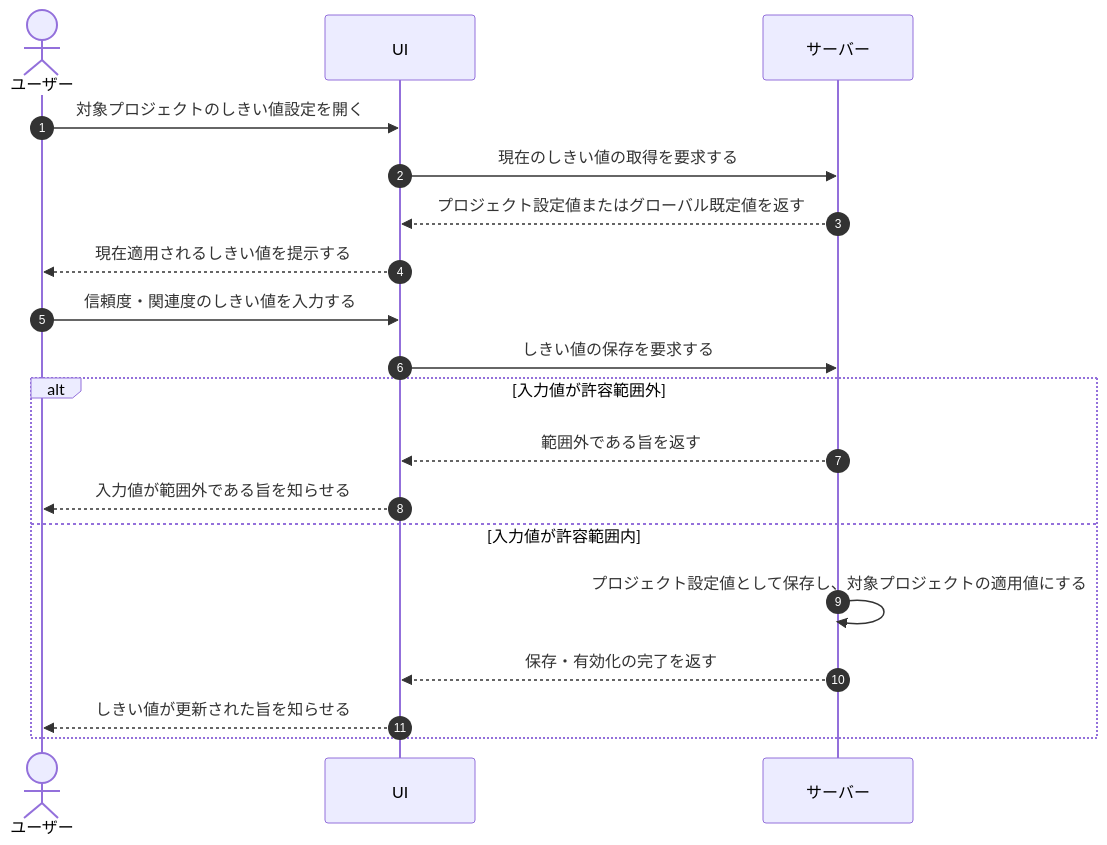
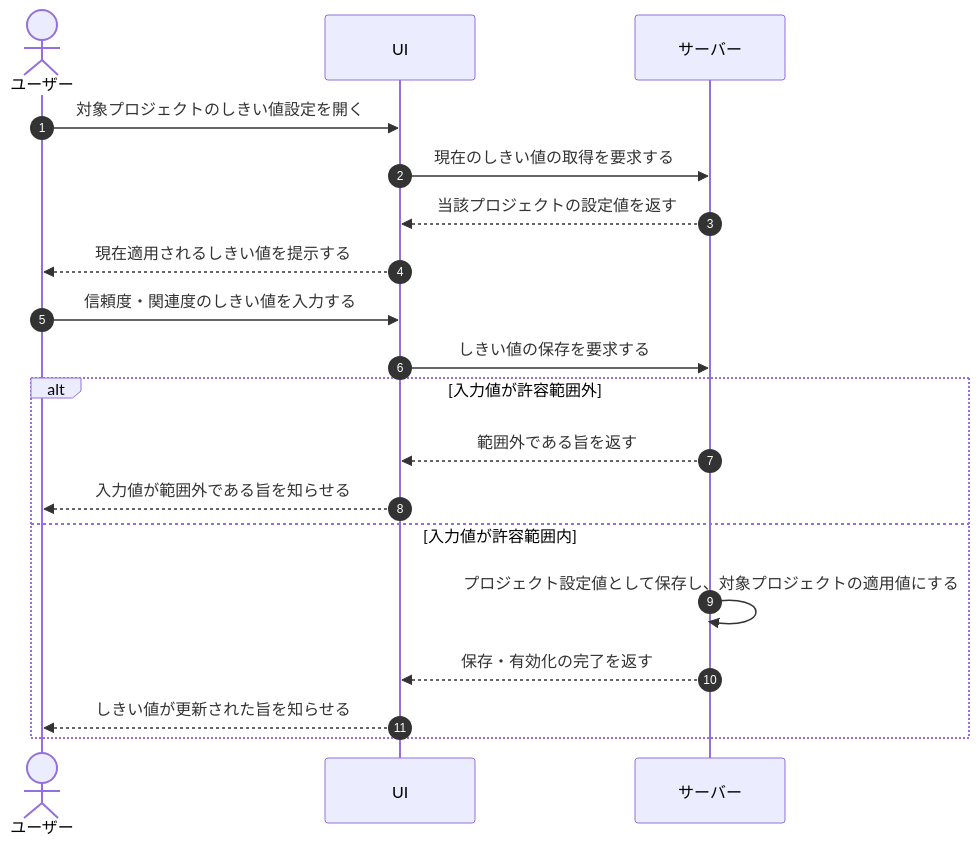
One commit to sikakou54/open-faq changed the diagram in 01_requirements/04_business_usecases/UC-075.md. Above: the diagram before and after it, drawn with Mermaid. The commit also changed other lines of this file and 32 other files, not shown here.

````diff
--- a/01_requirements/04_business_usecases/UC-075.md
+++ b/01_requirements/04_business_usecases/UC-075.md
@@ -26,21 +26,21 @@
 ```mermaid
 sequenceDiagram
   autonumber
   actor U as ユーザー
   participant UI as UI
   participant S as サーバー
   U->>UI: 対象プロジェクトのしきい値設定を開く
   UI->>S: 現在のしきい値の取得を要求する
-  S-->>UI: プロジェクト設定値またはグローバル既定値を返す
+  S-->>UI: 当該プロジェクトの設定値を返す
   UI-->>U: 現在適用されるしきい値を提示する
   U->>UI: 信頼度・関連度のしきい値を入力する
   UI->>S: しきい値の保存を要求する
   alt 入力値が許容範囲外
     S-->>UI: 範囲外である旨を返す
     UI-->>U: 入力値が範囲外である旨を知らせる
   else 入力値が許容範囲内
     S->>S: プロジェクト設定値として保存し、対象プロジェクトの適用値にする
     S-->>UI: 保存・有効化の完了を返す
     UI-->>U: しきい値が更新された旨を知らせる
   end
 ```
````
